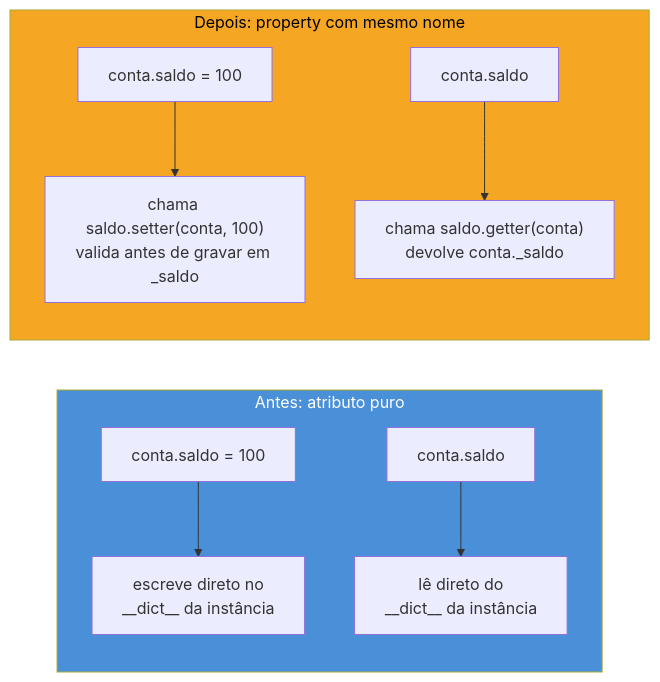
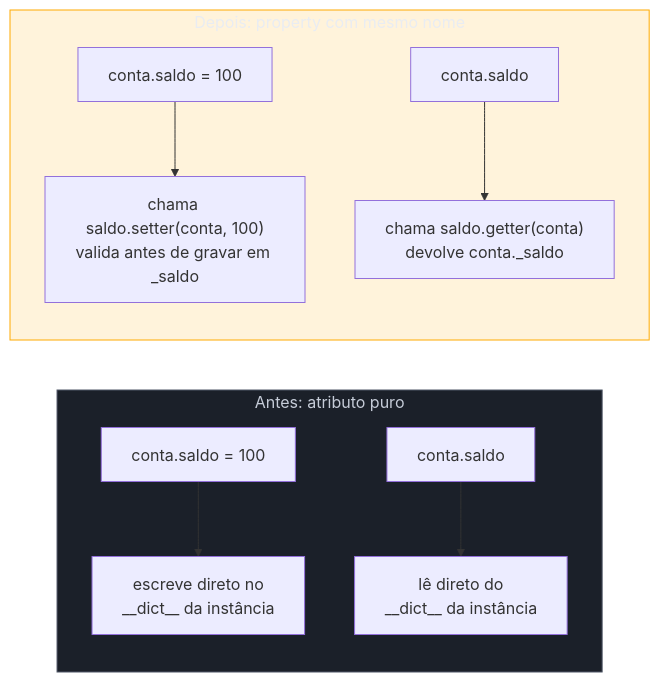
The first of 3 diagrams in 03-Dominios/Tecnologia/Python/OO e Data Model/04 - Properties e encapsulamento.md (josenaldo/codex-technomanticus), drawn with Mermaid before and after one commit. The commit also changed other lines of this file and 1181 other files, not shown here.

First line of the commit message:
fix(diagramas): paleta do sistema no lugar de cor cravada no markdown

````diff
--- a/03-Dominios/Tecnologia/Python/OO e Data Model/04 - Properties e encapsulamento.md
+++ b/03-Dominios/Tecnologia/Python/OO e Data Model/04 - Properties e encapsulamento.md
@@ -108,15 +108,17 @@
 ```mermaid
 flowchart LR
+    classDef neutro fill:#1B2029,stroke:#4E5666,color:#C6CCD8
+    classDef destaque fill:#FFAA0024,stroke:#FFAA00,color:#E9ECF2
     subgraph Antes["Antes: atributo puro"]
         A1["conta.saldo = 100"] --> A2["escreve direto no\n__dict__ da instância"]
         A3["conta.saldo"] --> A4["lê direto do\n__dict__ da instância"]
     end
 
     subgraph Depois["Depois: property com mesmo nome"]
         B1["conta.saldo = 100"] --> B2["chama saldo.setter(conta, 100)\nvalida antes de gravar em _saldo"]
         B3["conta.saldo"] --> B4["chama saldo.getter(conta)\ndevolve conta._saldo"]
     end
 
-    style Antes fill:#4A90D9,color:#fff
-    style Depois fill:#F5A623,color:#000
+    class Antes neutro
+    class Depois destaque
 ```
````
